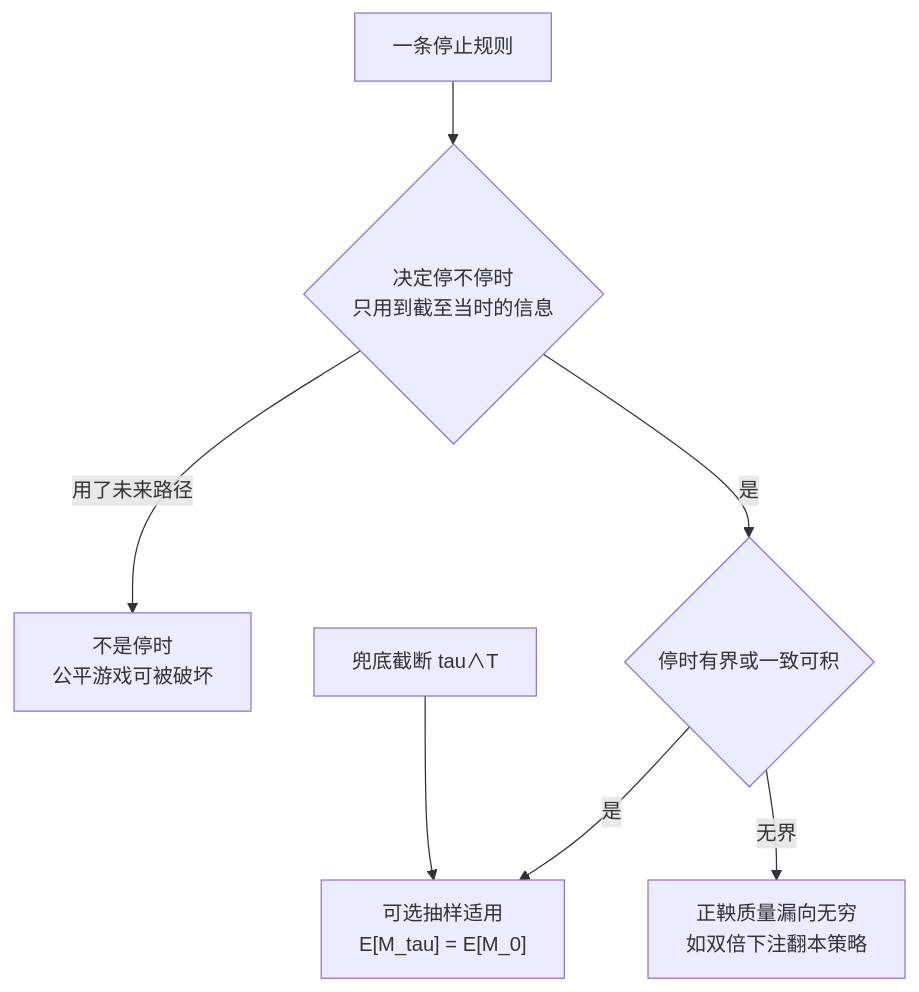
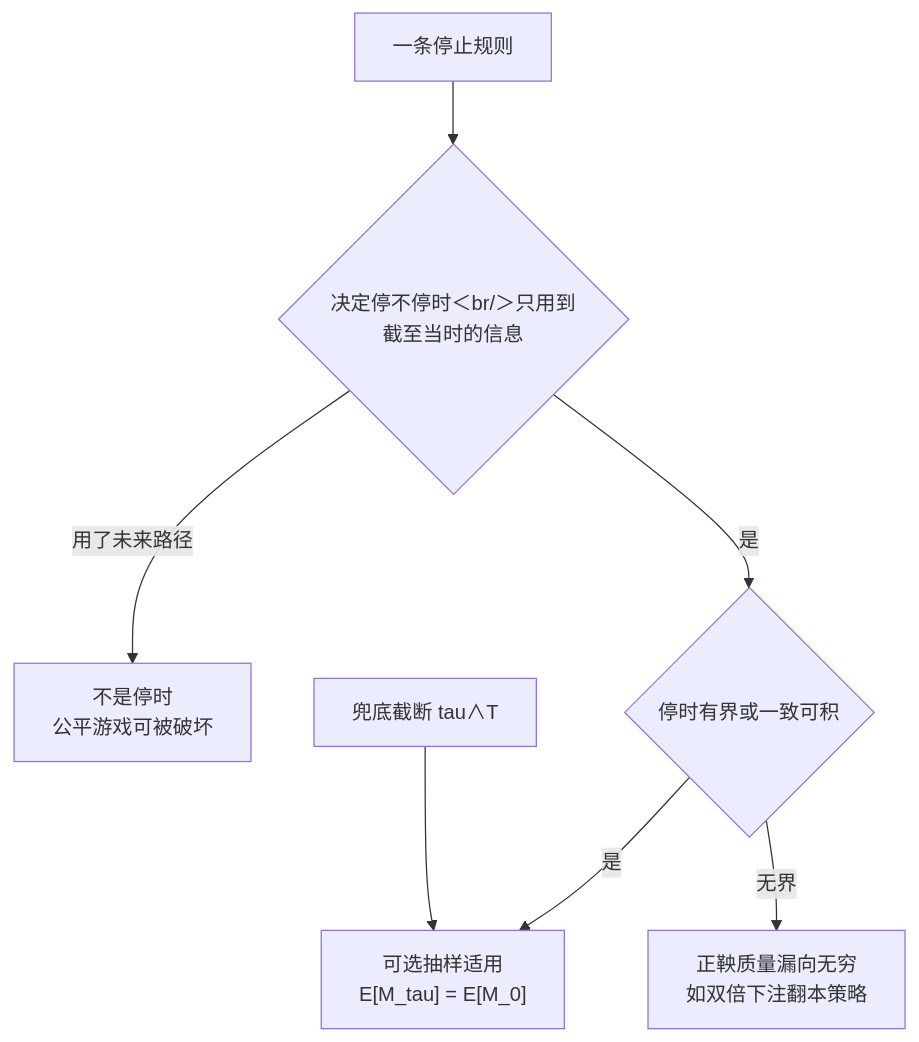
One commit to xhongduo-tech/xhongduo-tech.github.io changed the second of 2 diagrams in docs/quant/stopping-optional-sampling.md. Above: the diagram before and after it, drawn with Mermaid. The commit also changed 291 other files, not shown here.

Commit message:
Normalize lesson titles to tree names and repair mermaid arrow/quote syntax site-wide.

````diff
--- a/docs/quant/stopping-optional-sampling.md
+++ b/docs/quant/stopping-optional-sampling.md
@@ -53,9 +53,9 @@
 ```mermaid
 flowchart TD
-  RULE["一条停止规则"] --> Q1{"决定停不停时<br/>只用到截至当时的信息"}
+  RULE["一条停止规则"] --> Q1{"决定停不停时＜br/＞只用到截至当时的信息"}
   Q1 -- "用了未来路径" --> BAD["不是停时<br/>公平游戏可被破坏"]
   Q1 -- "是" --> Q2{"停时有界或一致可积"}
   Q2 -- "是" --> OK["可选抽样适用<br/>E[M_tau] = E[M_0]"]
   Q2 -- "无界" --> LEAK["正鞅质量漏向无穷<br/>如双倍下注翻本策略"]
   CUT["兜底截断 tau∧T"] --> OK
 ```
````
